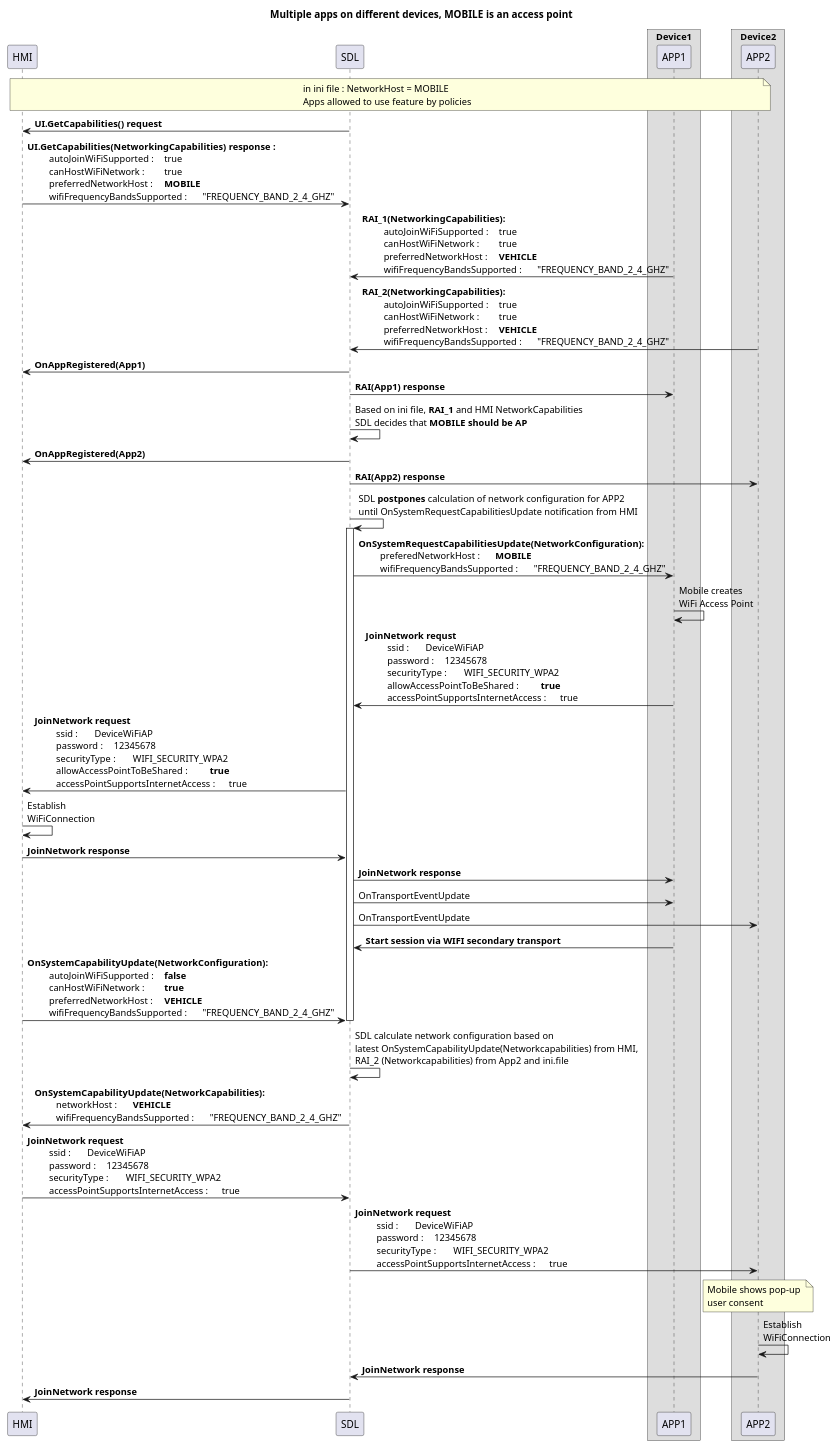
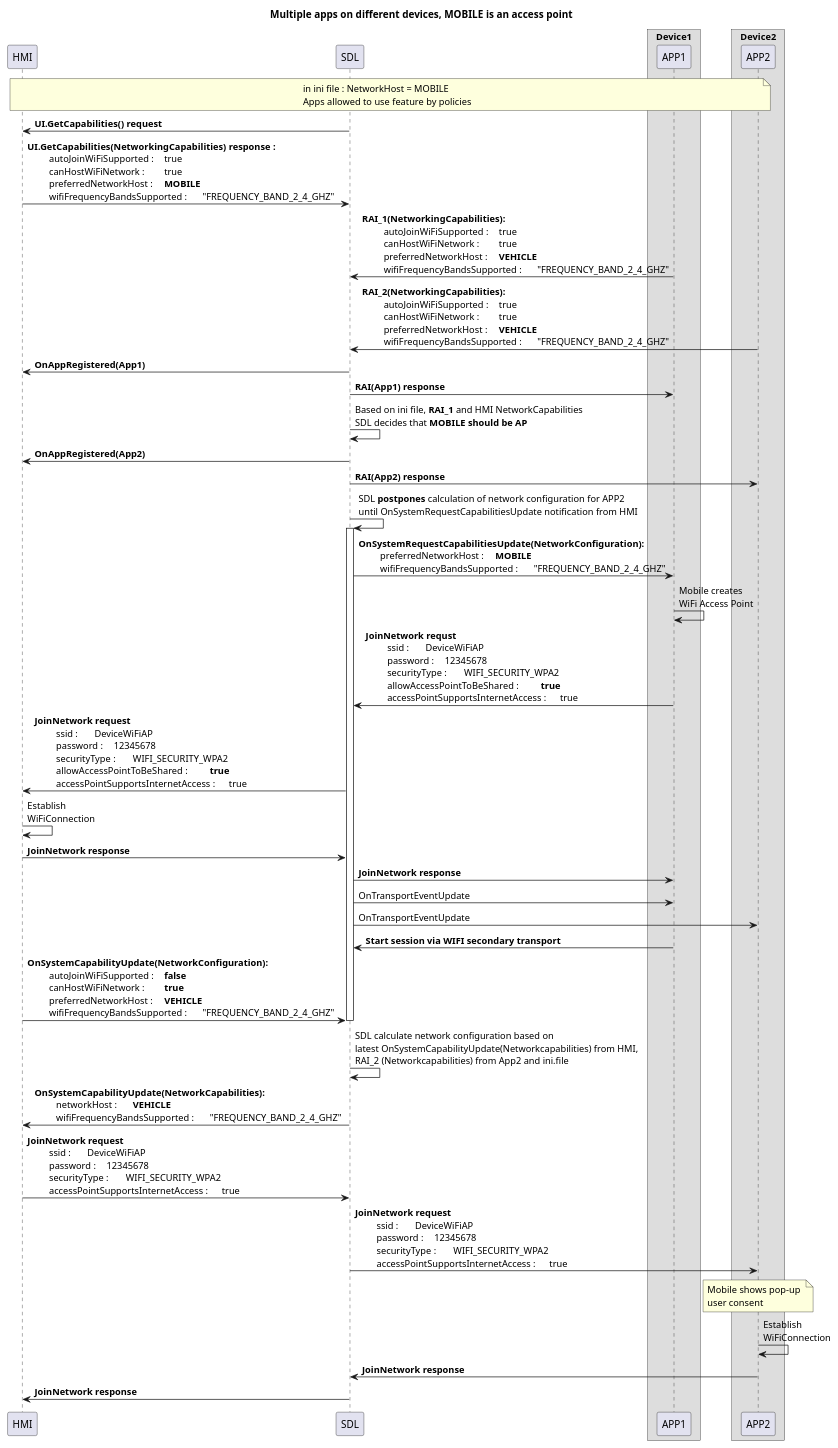
The diagram in assets/proposals/0245-sharing-wifi-ssid-and-password/mobile_access_point_multidev_externalhost.puml (smartdevicelink/sdl_evolution), drawn with PlantUML before and after one commit. The commit also changed 5 other files, not shown here.

```diff
--- a/assets/proposals/0245-sharing-wifi-ssid-and-password/mobile_access_point_multidev_externalhost.puml
+++ b/assets/proposals/0245-sharing-wifi-ssid-and-password/mobile_access_point_multidev_externalhost.puml
@@ -1,119 +1,119 @@
 @startuml
 !pragma teoz true
 
 title Multiple apps on different devices, MOBILE is an access point
 participant HMI
 participant SDL
 box "Device1"
 participant APP1
 end box
 box "Device2"
 participant APP2
 end box
 
 note over HMI, APP2: in ini file : NetworkHost = MOBILE \n\
 Apps allowed to use feature by policies
 
 SDL -> HMI : <b>UI.GetCapabilities() request
 HMI -> SDL : <b>UI.GetCapabilities(NetworkingCapabilities) response : \n\
 \t autoJoinWiFiSupported : \t true \n\
 \t canHostWiFiNetwork : \t true \n\
 \t preferredNetworkHost : \t **MOBILE** \n\
 \t wifiFrequencyBandsSupported : \t "FREQUENCY_BAND_2_4_GHZ" 
 
 APP1 -> SDL : <b>RAI_1(NetworkingCapabilities): \n\
 \t autoJoinWiFiSupported : \t true \n\
 \t canHostWiFiNetwork : \t true \n\
 \t preferredNetworkHost : \t **VEHICLE** \n\
 \t wifiFrequencyBandsSupported : \t "FREQUENCY_BAND_2_4_GHZ" 
 
 APP2 -> SDL : <b>RAI_2(NetworkingCapabilities): \n\
 \t autoJoinWiFiSupported : \t true \n\
 \t canHostWiFiNetwork : \t true \n\
 \t preferredNetworkHost : \t **VEHICLE** \n\
 \t wifiFrequencyBandsSupported : \t "FREQUENCY_BAND_2_4_GHZ" 
 
 
 SDL -> HMI : <b>OnAppRegistered(App1) 
 SDL -> APP1 : <b>RAI(App1) response 
 
 SDL -> SDL : Based on ini file, **RAI_1** and HMI NetworkCapabilities\n\
 SDL decides that **MOBILE should be AP** 
 
 SDL -> HMI : <b>OnAppRegistered(App2) 
 SDL -> APP2 : <b>RAI(App2) response 
 
 SDL -> SDL : SDL **postpones** calculation of network configuration for APP2\n\
 until OnSystemRequestCapabilitiesUpdate notification from HMI
 activate SDL
 
 SDL -> APP1:  <b>OnSystemRequestCapabilitiesUpdate(NetworkConfiguration): \n\
-\t preferedNetworkHost : \t **MOBILE**\n\
+\t preferredNetworkHost : \t **MOBILE**\n\
 \t wifiFrequencyBandsSupported : \t "FREQUENCY_BAND_2_4_GHZ" 
 
 APP1 -> APP1 : Mobile creates \n\
 WiFi Access Point
 
 APP1 -> SDL: <b>JoinNetwork requst \n\
 \t ssid : \t DeviceWiFiAP \n\
 \t password : \t 12345678 \n\
 \t securityType : \t WIFI_SECURITY_WPA2 \n\
 \t allowAccessPointToBeShared : \t **true** \n\
 \t accessPointSupportsInternetAccess : \t true
 
 SDL -> HMI: <b>JoinNetwork request \n\
 \t ssid : \t DeviceWiFiAP \n\
 \t password : \t 12345678 \n\
 \t securityType : \t WIFI_SECURITY_WPA2 \n\
 \t allowAccessPointToBeShared : \t **true** \n\
 \t accessPointSupportsInternetAccess : \t true
 
 HMI -> HMI : Establish \n\
 WiFiConnection
 
 HMI -> SDL : <b>JoinNetwork response
 SDL -> APP1 : <b>JoinNetwork response
 
 SDL-> APP1 : OnTransportEventUpdate
 SDL-> APP2 : OnTransportEventUpdate
 APP1 -> SDL : <b>Start session via WIFI secondary transport
 
 HMI -> SDL:  <b>OnSystemCapabilityUpdate(NetworkConfiguration): \n\
 \t autoJoinWiFiSupported : \t **false** \n\
 \t canHostWiFiNetwork : \t **true**  \n\
 \t preferredNetworkHost : \t **VEHICLE** \n\
 \t wifiFrequencyBandsSupported : \t "FREQUENCY_BAND_2_4_GHZ" 
 
 deactivate SDL
  
 SDL -> SDL : SDL calculate network configuration based on \n\
 latest OnSystemCapabilityUpdate(Networkcapabilities) from HMI, \n\
 RAI_2 (Networkcapabilities) from App2 and ini.file
 
 
 SDL -> HMI:  <b>OnSystemCapabilityUpdate(NetworkCapabilities): \n\
 \t networkHost : \t **VEHICLE** \n\
 \t wifiFrequencyBandsSupported : \t "FREQUENCY_BAND_2_4_GHZ" 
 
 HMI -> SDL: <b>JoinNetwork request \n\
 \t ssid : \t DeviceWiFiAP \n\
 \t password : \t 12345678 \n\
 \t securityType : \t WIFI_SECURITY_WPA2 \n\
 \t accessPointSupportsInternetAccess : \t true
 
 SDL -> APP2: <b>JoinNetwork request\n\
 \t ssid : \t DeviceWiFiAP \n\
 \t password : \t 12345678 \n\
 \t securityType : \t WIFI_SECURITY_WPA2 \n\
 \t accessPointSupportsInternetAccess : \t true
 
 note over APP2: Mobile shows pop-up \n\
 user consent 
 
 APP2 -> APP2 : Establish \n\
 WiFiConnection
 
 APP2 -> SDL : <b>JoinNetwork response
 SDL -> HMI : <b>JoinNetwork response
 
 @enduml
```
